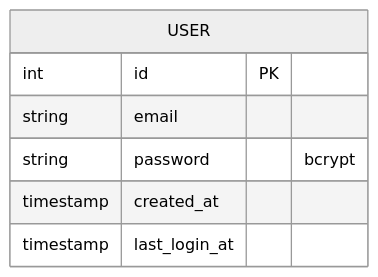
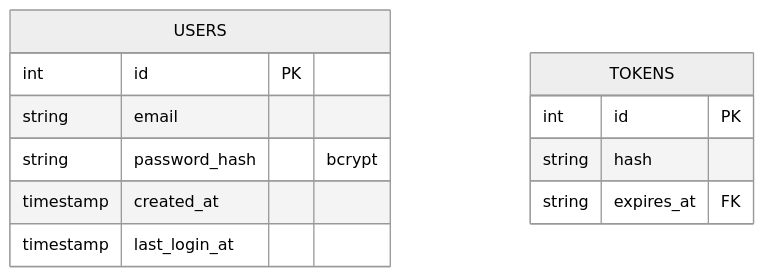
The diagram in doc/auther_db.mermaid (georgg2003/skeeper), drawn with Mermaid (neutral theme) before and after one commit. The commit also changed 15 other files, not shown here.

```diff
--- a/doc/auther_db.mermaid
+++ b/doc/auther_db.mermaid
@@ -1,8 +1,14 @@
 erDiagram
-    USER {
+    USERS {
         int id PK
         string email
-        string password "bcrypt"
+        string password_hash "bcrypt"
         timestamp created_at
         timestamp last_login_at
     }
+    TOKENS {
+        int id PK
+        string hash
+        string expires_at FK
+
+    }
```
